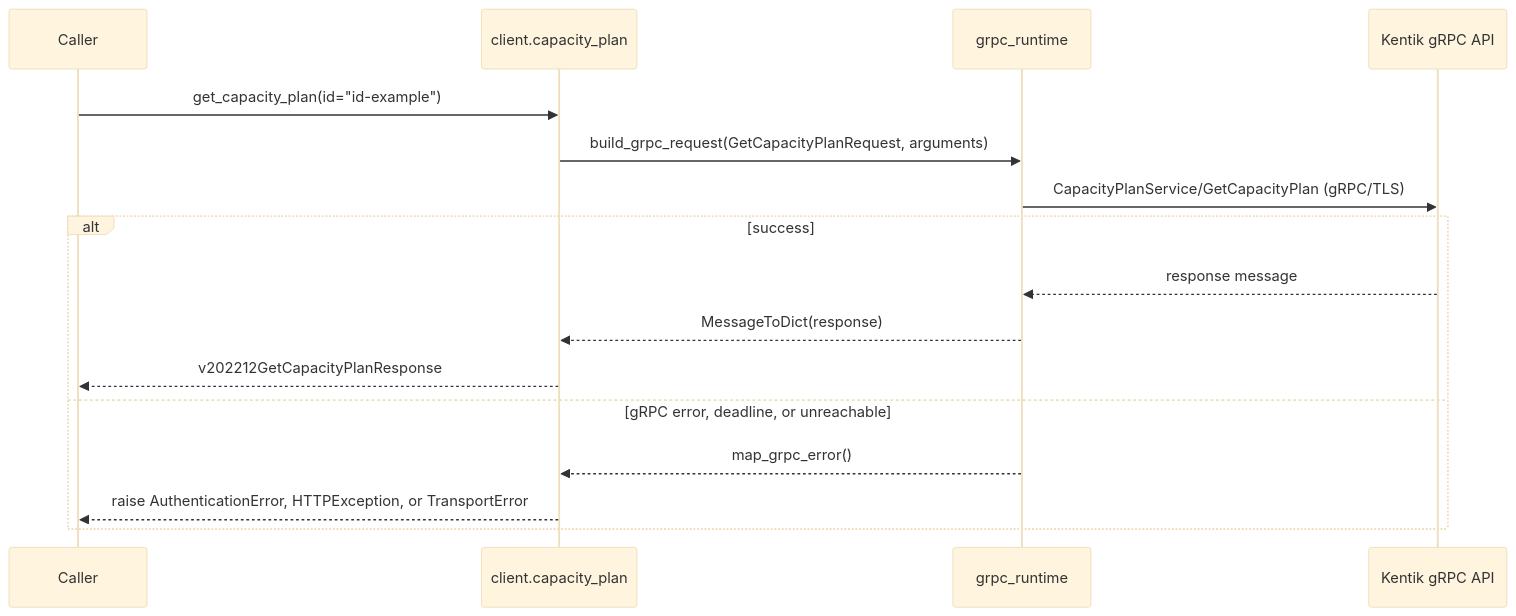
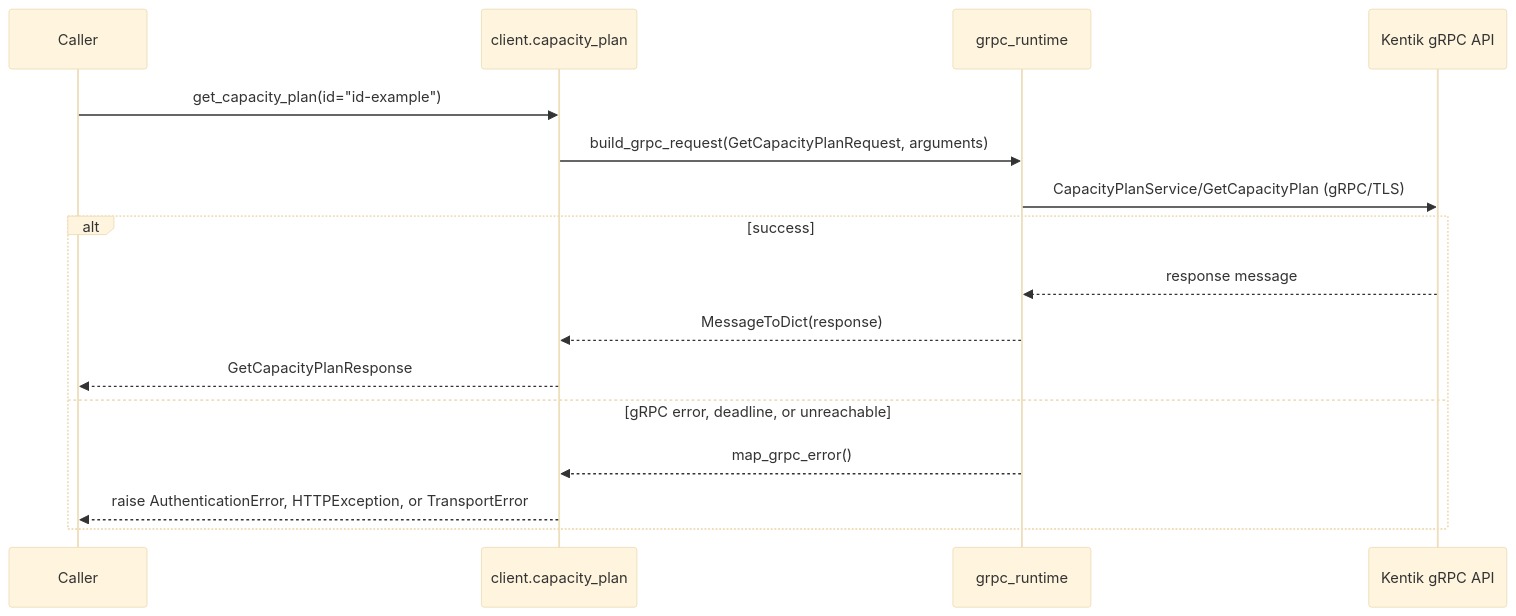
One commit to alexdearaujo/community_sdk_python changed the seventh of 10 diagrams in docs/sphinx/services/capacity_plan.md. Above: the diagram before and after it, drawn with Mermaid (base theme). The commit also changed other lines of this file and 38 other files, not shown here.

````diff
--- a/docs/sphinx/services/capacity_plan.md
+++ b/docs/sphinx/services/capacity_plan.md
@@ -195,19 +195,19 @@
 ```mermaid
 sequenceDiagram
     participant C as Caller
     participant W as client.capacity_plan
     participant R as grpc_runtime
     participant API as Kentik gRPC API
 
     C->>W: get_capacity_plan(id="id-example")
     W->>R: build_grpc_request(GetCapacityPlanRequest, arguments)
     R->>API: CapacityPlanService/GetCapacityPlan (gRPC/TLS)
     alt success
         API-->>R: response message
         R-->>W: MessageToDict(response)
-        W-->>C: v202212GetCapacityPlanResponse
+        W-->>C: GetCapacityPlanResponse
     else gRPC error, deadline, or unreachable
         R-->>W: map_grpc_error()
         W-->>C: raise AuthenticationError, HTTPException, or TransportError
     end
 ```
````
